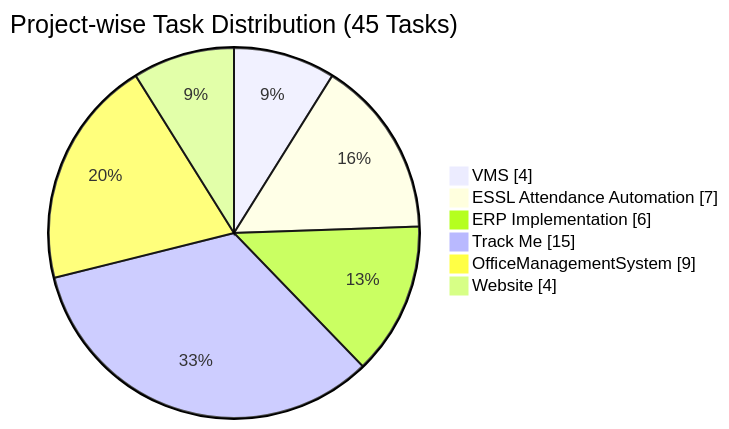
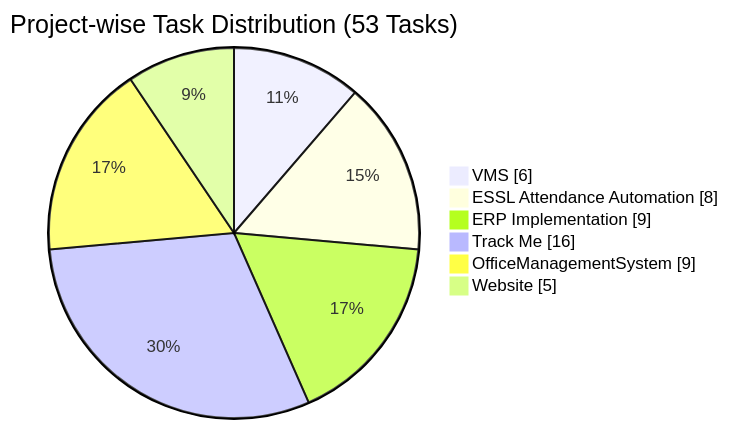
The first of 3 diagrams in Global_Summary.md (Realityspeaker/My-Work-Diary), drawn with Mermaid before and after one commit. The commit also changed other lines of this file, not shown here.

Commit message:
Update global summary with new task metrics

````diff
--- a/Global_Summary.md
+++ b/Global_Summary.md
@@ -27,10 +27,10 @@
 ```mermaid
 pie showData
-    title Project-wise Task Distribution (45 Tasks)
-    "VMS" : 4
-    "ESSL Attendance Automation" : 7
-    "ERP Implementation" : 6
-    "Track Me" : 15
+    title Project-wise Task Distribution (53 Tasks)
+    "VMS" : 6
+    "ESSL Attendance Automation" : 8
+    "ERP Implementation" : 9
+    "Track Me" : 16
     "OfficeManagementSystem" : 9
-    "Website" : 4
+    "Website" : 5
 ```
````
